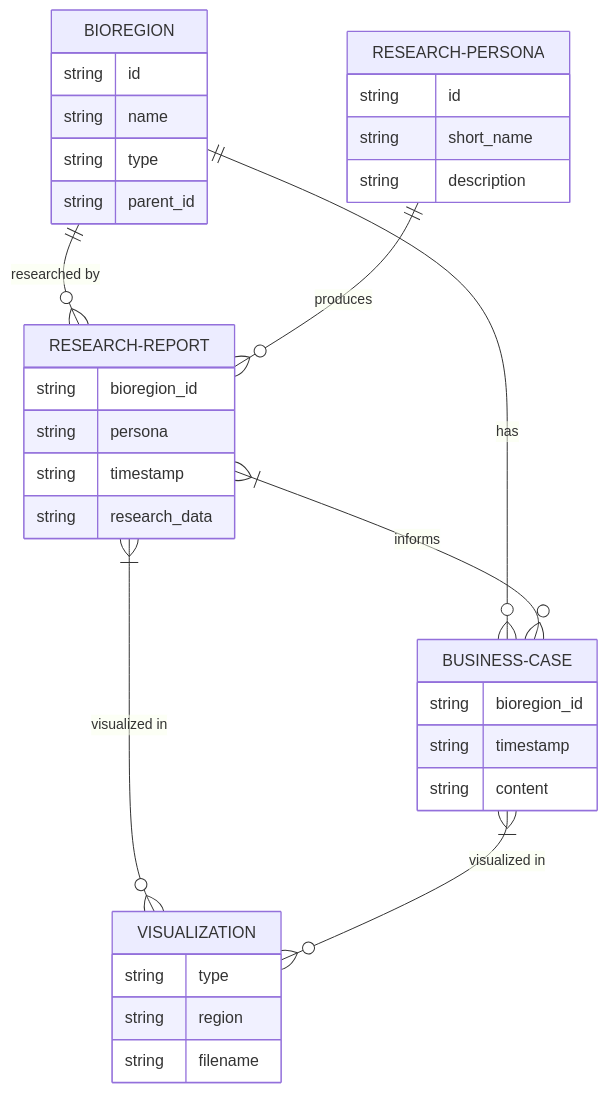
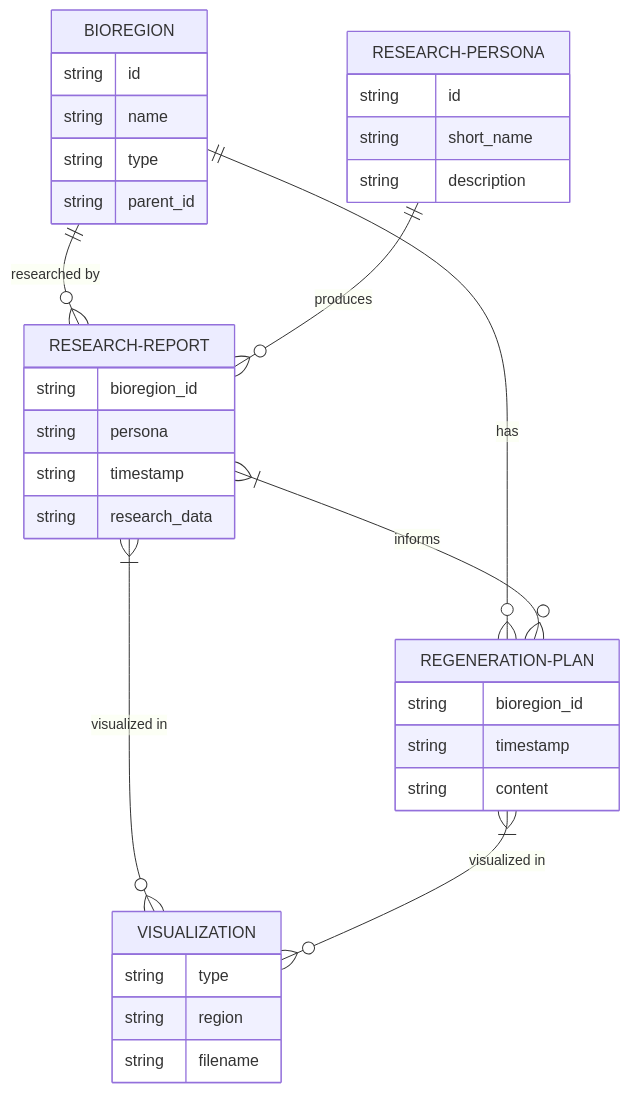
Before and after one commit to ActiveInferenceInstitute/Biofirm: the third of 5 diagrams in One_Earth/WORKFLOW.md, drawn with Mermaid. The commit also changed other lines of this file and 8 other files, not shown here.

````diff
--- a/One_Earth/WORKFLOW.md
+++ b/One_Earth/WORKFLOW.md
@@ -113,41 +111,41 @@
 ```mermaid
 erDiagram
     BIOREGION {
         string id
         string name
         string type
         string parent_id
     }
     
     RESEARCH-PERSONA {
         string id
         string short_name
         string description
     }
     
     RESEARCH-REPORT {
         string bioregion_id
         string persona
         string timestamp
         string research_data
     }
     
-    BUSINESS-CASE {
+    REGENERATION-PLAN {
         string bioregion_id
         string timestamp
         string content
     }
     
     VISUALIZATION {
         string type
         string region
         string filename
     }
     
     BIOREGION ||--o{ RESEARCH-REPORT : "researched by"
     RESEARCH-PERSONA ||--o{ RESEARCH-REPORT : "produces"
-    BIOREGION ||--o{ BUSINESS-CASE : "has"
-    RESEARCH-REPORT }|--o{ BUSINESS-CASE : "informs"
+    BIOREGION ||--o{ REGENERATION-PLAN : "has"
+    RESEARCH-REPORT }|--o{ REGENERATION-PLAN : "informs"
     RESEARCH-REPORT }|--o{ VISUALIZATION : "visualized in"
-    BUSINESS-CASE }|--o{ VISUALIZATION : "visualized in"
+    REGENERATION-PLAN }|--o{ VISUALIZATION : "visualized in"
 ```
````
